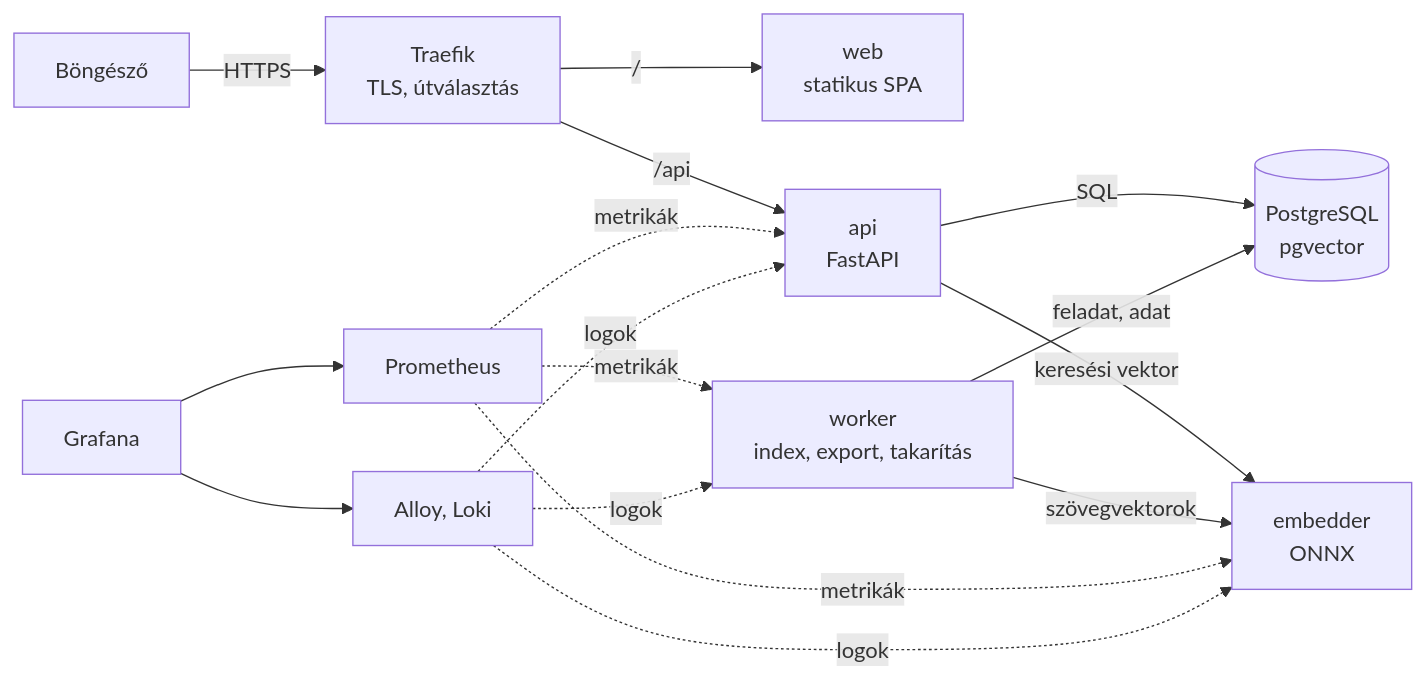
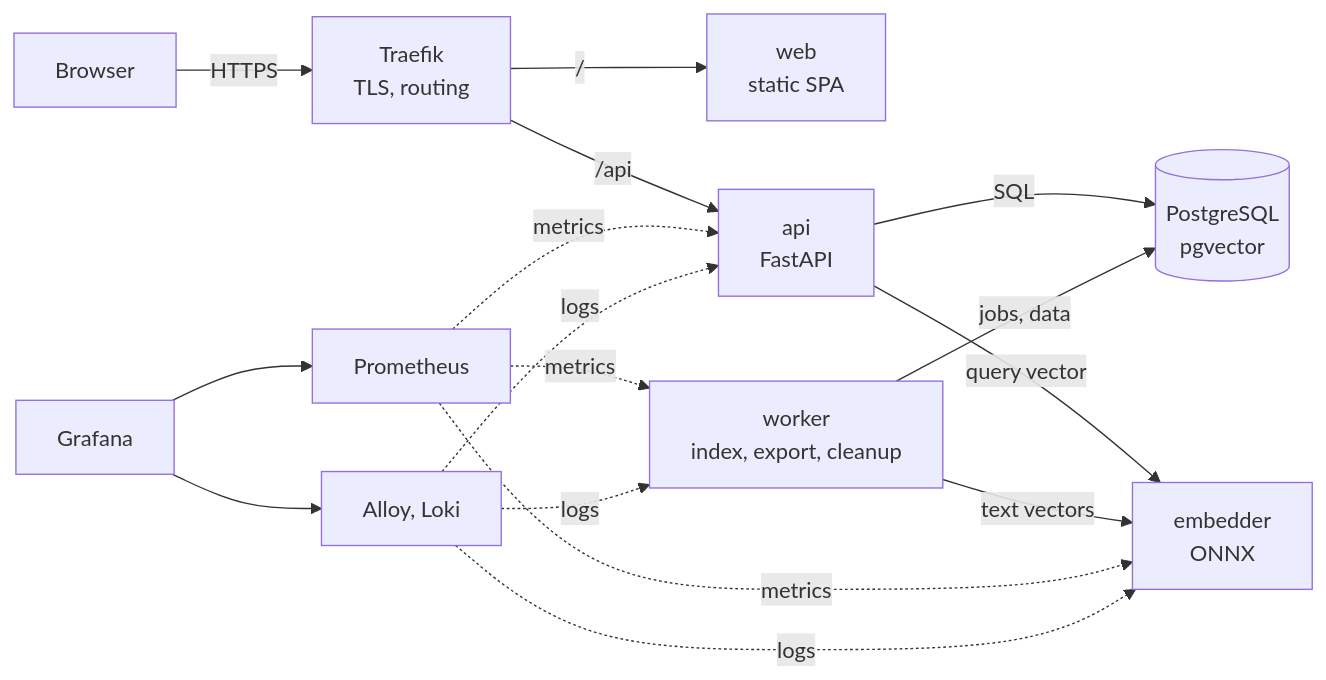
The first of 2 diagrams in docs/project-plan.md (ISlothI/open-notebook), drawn with Mermaid before and after one commit. The commit also changed other lines of this file, not shown here.

````diff
--- a/docs/project-plan.md
+++ b/docs/project-plan.md
@@ -67,13 +67,13 @@
 ```mermaid
 flowchart LR
-  U[Böngésző] -->|HTTPS| T[Traefik<br/>TLS, útválasztás]
-  T -->|"/"| W[web<br/>statikus SPA]
+  U[Browser] -->|HTTPS| T[Traefik<br/>TLS, routing]
+  T -->|"/"| W[web<br/>static SPA]
   T -->|"/api"| A[api<br/>FastAPI]
   A -->|SQL| P[(PostgreSQL<br/>pgvector)]
-  A -->|keresési vektor| E[embedder<br/>ONNX]
-  K[worker<br/>index, export, takarítás] -->|feladat, adat| P
-  K -->|szövegvektorok| E
-  PR[Prometheus] -.->|metrikák| A & K & E
-  L[Alloy, Loki] -.->|logok| A & K & E
+  A -->|query vector| E[embedder<br/>ONNX]
+  K[worker<br/>index, export, cleanup] -->|jobs, data| P
+  K -->|text vectors| E
+  PR[Prometheus] -.->|metrics| A & K & E
+  L[Alloy, Loki] -.->|logs| A & K & E
   G[Grafana] --> PR & L
 ```
````
